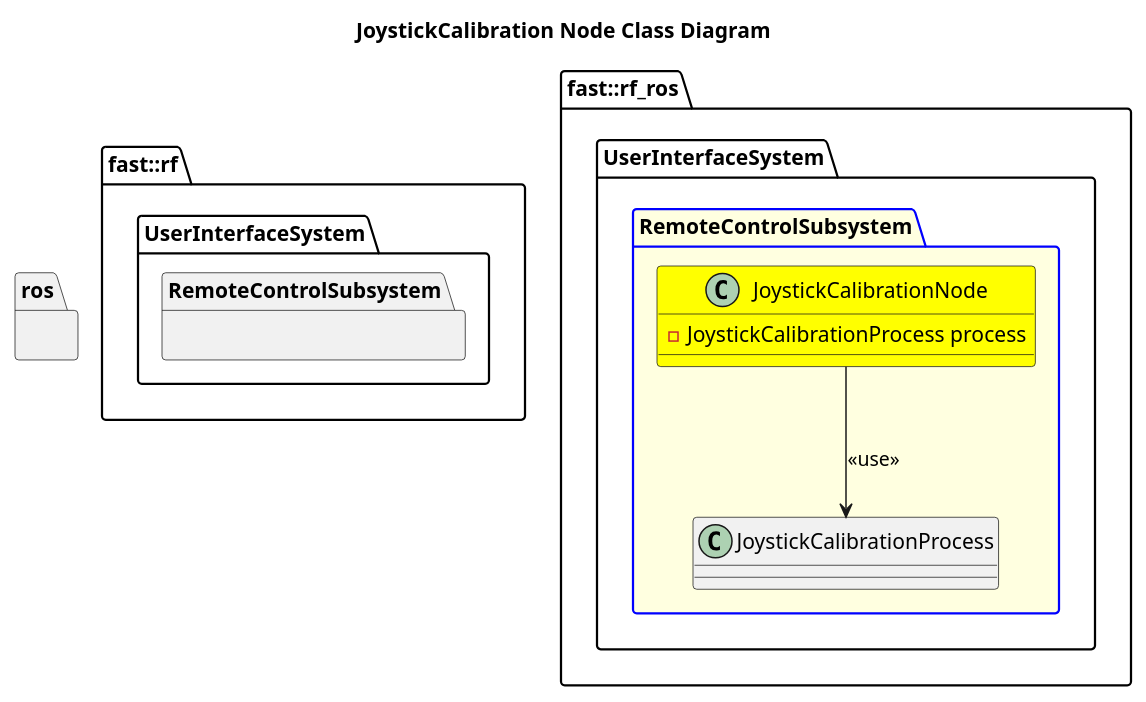
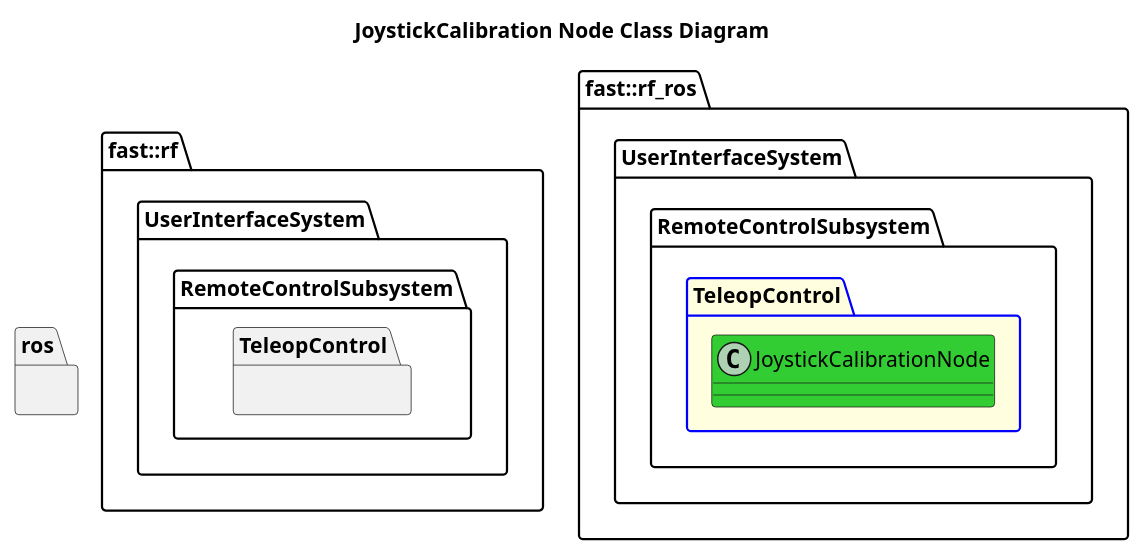
One commit to fastrobotics/robot_framework_ros changed the diagram in Systems/UserInterface/Subsystems/RemoteControl/Nodes/TeleopControl/JoystickCalibration/doc/puml/JoystickCalibrationNodeClassDiagram.puml. Above: the diagram before and after it, drawn with PlantUML. The commit also changed 56 other files, not shown here.

```diff
--- a/Systems/UserInterface/Subsystems/RemoteControl/Nodes/TeleopControl/JoystickCalibration/doc/puml/JoystickCalibrationNodeClassDiagram.puml
+++ b/Systems/UserInterface/Subsystems/RemoteControl/Nodes/TeleopControl/JoystickCalibration/doc/puml/JoystickCalibrationNodeClassDiagram.puml
@@ -1,22 +1,25 @@
 @startuml
 title JoystickCalibration Node Class Diagram
 
 namespace ros {
 }
 namespace fast::rf {
     namespace UserInterfaceSystem {
         namespace RemoteControlSubsystem {
+            namespace TeleopControl {
+
+            }
         }
     }
 }
 namespace fast::rf_ros {
    namespace UserInterfaceSystem {
-        package RemoteControlSubsystem #LightYellow;line:blue {
-            class JoystickCalibrationNode #Yellow {
-                -JoystickCalibrationProcess process
+        namespace RemoteControlSubsystem {
+            package TeleopControl #LightYellow;line:blue {
+                class JoystickCalibrationNode #LimeGreen {
+                }
             }
-            JoystickCalibrationNode --> JoystickCalibrationProcess: <<use>>
         }
     }
 }
 @enduml
```
